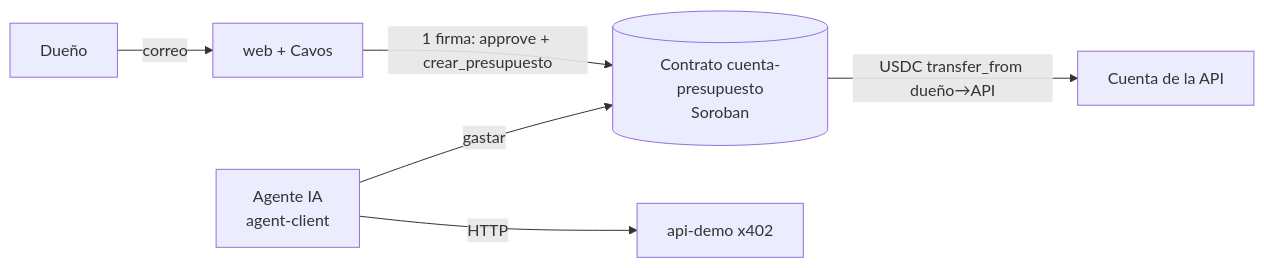
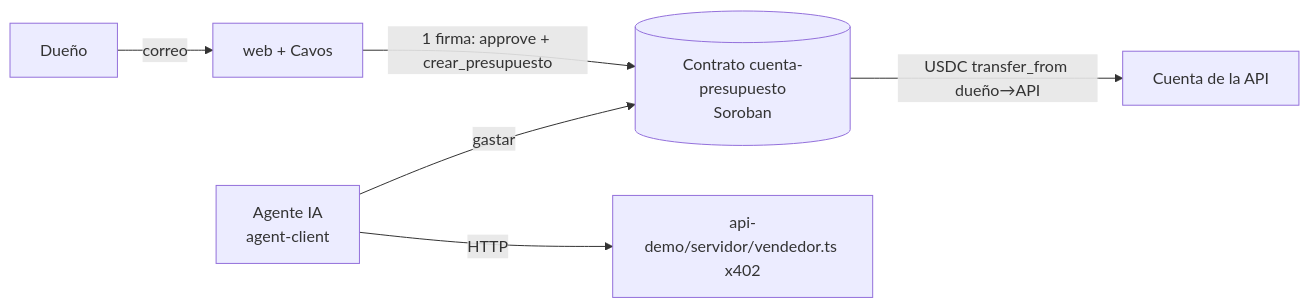
One commit to jxsu404/quickchain changed the first of 3 diagrams in docs/ARQUITECTURA.md. Above: the diagram before and after it, drawn with Mermaid. The commit also changed other lines of this file and 25 other files, not shown here.

Commit message:
Q3: vendedor en api-demo/servidor/vendedor.ts (node:http) por decisión de Josué; facilitador en servidor/; quita rutas Next.js

````diff
--- a/docs/ARQUITECTURA.md
+++ b/docs/ARQUITECTURA.md
@@ -4,8 +4,8 @@
 ```mermaid
 flowchart LR
   D[Dueño] -->|correo| W[web + Cavos]
   W -->|1 firma: approve + crear_presupuesto| C[(Contrato cuenta-presupuesto<br/>Soroban)]
   A[Agente IA<br/>agent-client] -->|gastar| C
   C -->|USDC transfer_from dueño→API| P[Cuenta de la API]
-  A -->|HTTP| API[api-demo x402]
+  A -->|HTTP| API[api-demo/servidor/vendedor.ts x402]
 ```
````
